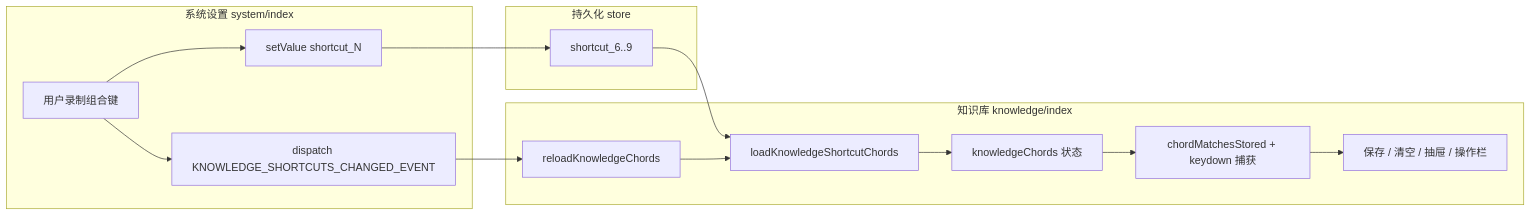
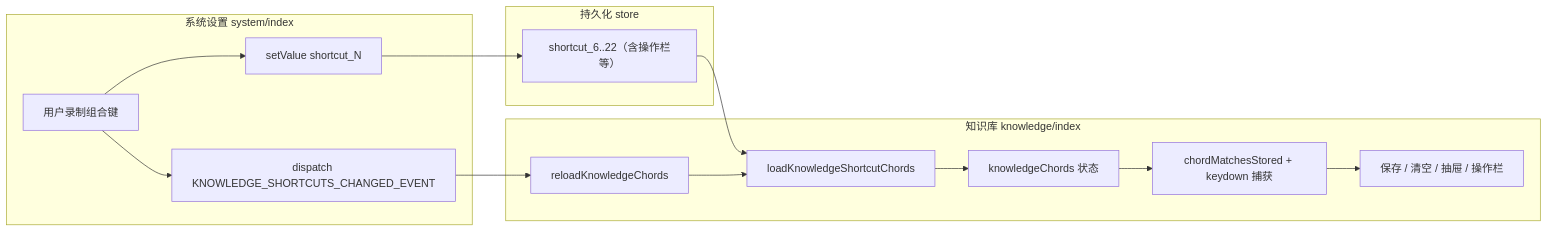
The diagram in docs/knowledge/shortcuts.md (dnhyxc/dnhyxc-ai), drawn with Mermaid before and after one commit. The commit also changed other lines of this file and 6 other files, not shown here.

````diff
--- a/docs/knowledge/shortcuts.md
+++ b/docs/knowledge/shortcuts.md
@@ -20,19 +20,19 @@
 ```mermaid
 flowchart LR
   subgraph settings [系统设置 system/index]
     UI[用户录制组合键]
     UI --> setValue["setValue shortcut_N"]
     UI --> evt["dispatch KNOWLEDGE_SHORTCUTS_CHANGED_EVENT"]
   end
   subgraph store [持久化 store]
-    setValue --> KV["shortcut_6..9"]
+    setValue --> KV["shortcut_6..22（含操作栏等）"]
   end
   subgraph knowledge [知识库 knowledge/index]
     evt --> reload["reloadKnowledgeChords"]
     KV --> load["loadKnowledgeShortcutChords"]
     reload --> load
     load --> chords[knowledgeChords 状态]
     chords --> match["chordMatchesStored + keydown 捕获"]
     match --> actions[保存 / 清空 / 抽屉 / 操作栏]
   end
 ```
````
